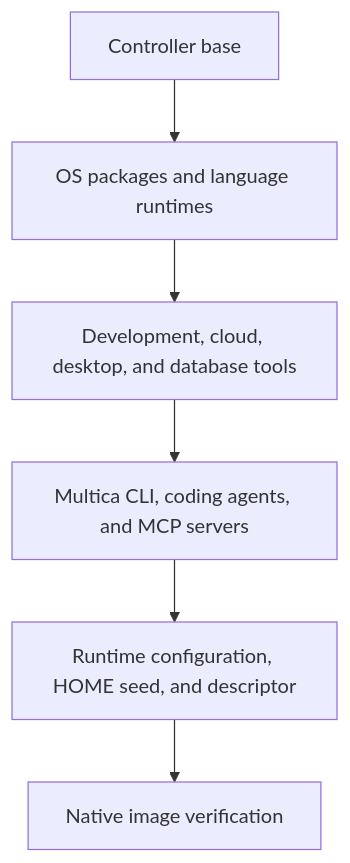
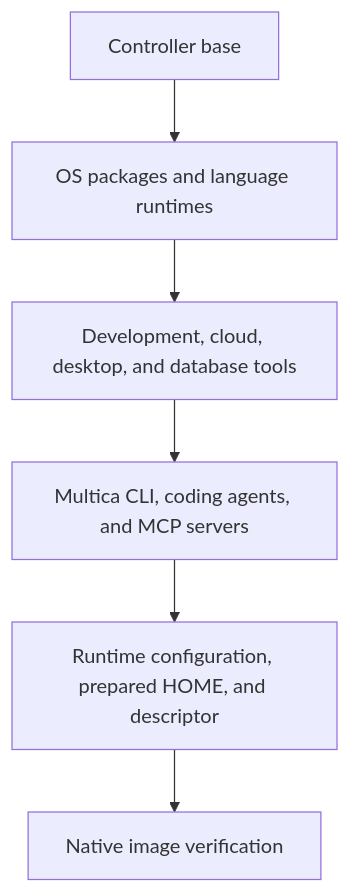
Before and after one commit to korioinc/multica-runtime: the diagram in README.md, drawn with Mermaid. The commit also changed other lines of this file and 23 other files, not shown here.

````diff
--- a/README.md
+++ b/README.md
@@ -23,8 +23,8 @@
 ```mermaid
 flowchart TD
     base[Controller base] --> languages[OS packages and language runtimes]
     languages --> tools[Development, cloud, desktop, and database tools]
     tools --> agents[Multica CLI, coding agents, and MCP servers]
-    agents --> final[Runtime configuration, HOME seed, and descriptor]
+    agents --> final[Runtime configuration, prepared HOME, and descriptor]
     final --> verification[Native image verification]
 ```
````
